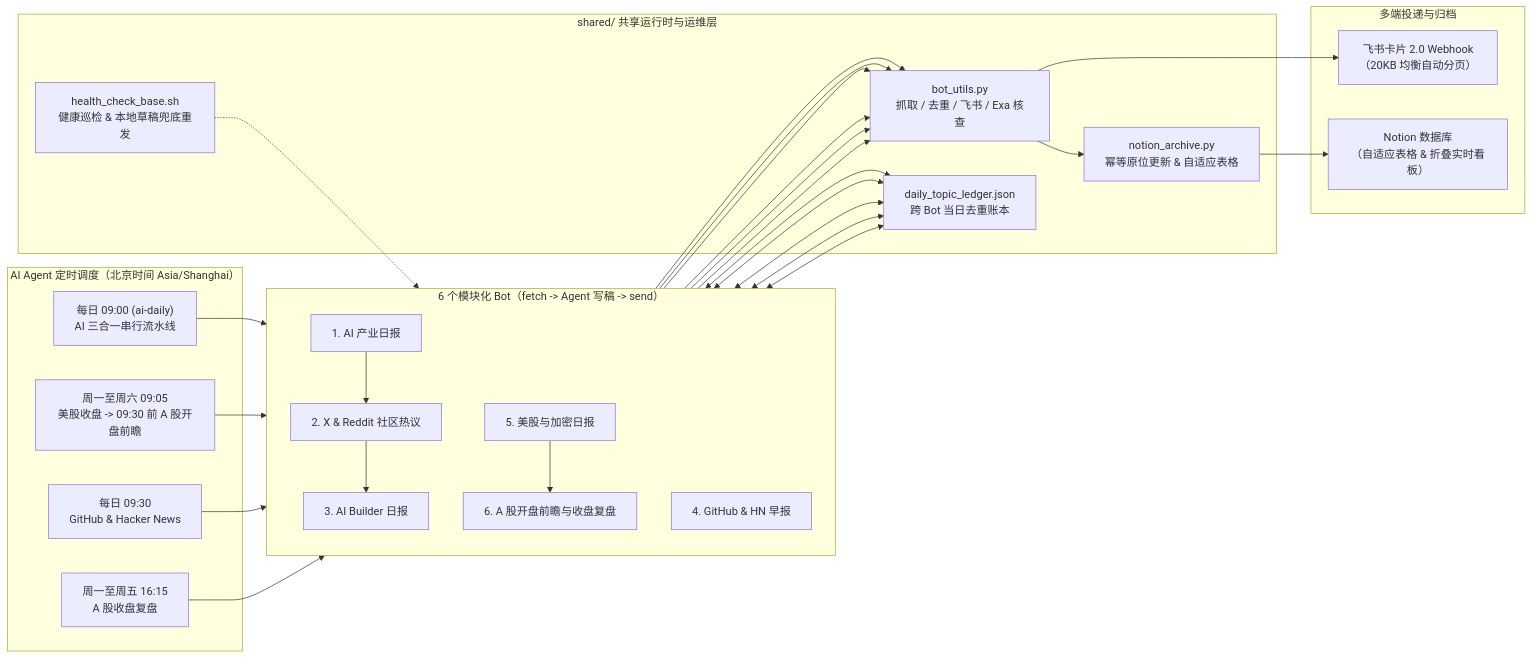
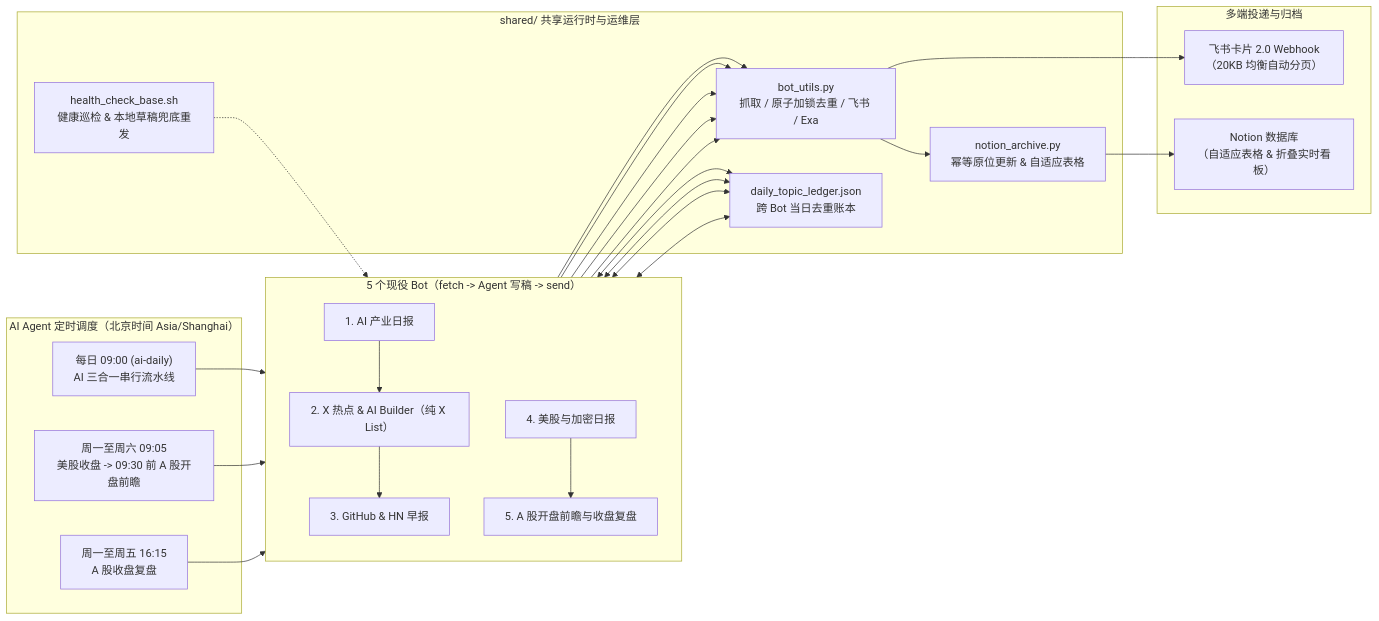
Before and after one commit to shirleyisdoingrightthings/daily-bots: the diagram in README.zh-CN.md, drawn with Mermaid. The commit also changed other lines of this file and 28 other files, not shown here.

Commit message:
feat(ai-daily): consolidate 3-in-1 pipeline (News -> X&Builder -> GitHub&HN), HN-style replies, and P0/P1 audit hardening

````diff
--- a/README.zh-CN.md
+++ b/README.zh-CN.md
@@ -17,38 +17,35 @@
 ```mermaid
 flowchart LR
     subgraph Sched["AI Agent 定时调度（北京时间 Asia/Shanghai）"]
         S1["每日 09:00 (ai-daily)<br/>AI 三合一串行流水线"]
         S2["周一至周六 09:05<br/>美股收盘 -&gt; 09:30 前 A 股开盘前瞻"]
-        S3["每日 09:30<br/>GitHub &amp; Hacker News"]
         S4["周一至周五 16:15<br/>A 股收盘复盘"]
     end
 
-    subgraph Bots["6 个模块化 Bot（fetch -&gt; Agent 写稿 -&gt; send）"]
+    subgraph Bots["5 个现役 Bot（fetch -&gt; Agent 写稿 -&gt; send）"]
         direction TB
-        B1["1. AI 产业日报"] --> B2["2. X &amp; Reddit 社区热议"] --> B3["3. AI Builder 日报"]
-        B4["4. GitHub &amp; HN 早报"]
-        B5["5. 美股与加密日报"] --> B6["6. A 股开盘前瞻与收盘复盘"]
+        B1["1. AI 产业日报"] --> B3["2. X 热点 &amp; AI Builder（纯 X List）"] --> B4["3. GitHub &amp; HN 早报"]
+        B5["4. 美股与加密日报"] --> B6["5. A 股开盘前瞻与收盘复盘"]
     end
 
     subgraph Shared["shared/ 共享运行时与运维层"]
-        U["bot_utils.py<br/>抓取 / 去重 / 飞书 / Exa 核查"]
+        U["bot_utils.py<br/>抓取 / 原子加锁去重 / 飞书 / Exa"]
         L["daily_topic_ledger.json<br/>跨 Bot 当日去重账本"]
         N["notion_archive.py<br/>幂等原位更新 &amp; 自适应表格"]
         H["health_check_base.sh<br/>健康巡检 &amp; 本地草稿兜底重发"]
     end
 
     subgraph Out["多端投递与归档"]
         F["飞书卡片 2.0 Webhook<br/>（20KB 均衡自动分页）"]
         ND["Notion 数据库<br/>（自适应表格 &amp; 折叠实时看板）"]
     end
 
     S1 --> B1
     S2 --> B5
-    S3 --> B4
     S4 --> B6
-    B1 & B2 & B3 & B4 & B5 <--> L
-    B1 & B2 & B3 & B4 & B5 & B6 --> U
+    B1 & B3 & B4 & B5 <--> L
+    B1 & B3 & B4 & B5 & B6 --> U
     U --> F
     U --> N --> ND
     H -.-> Bots
 ```
````
